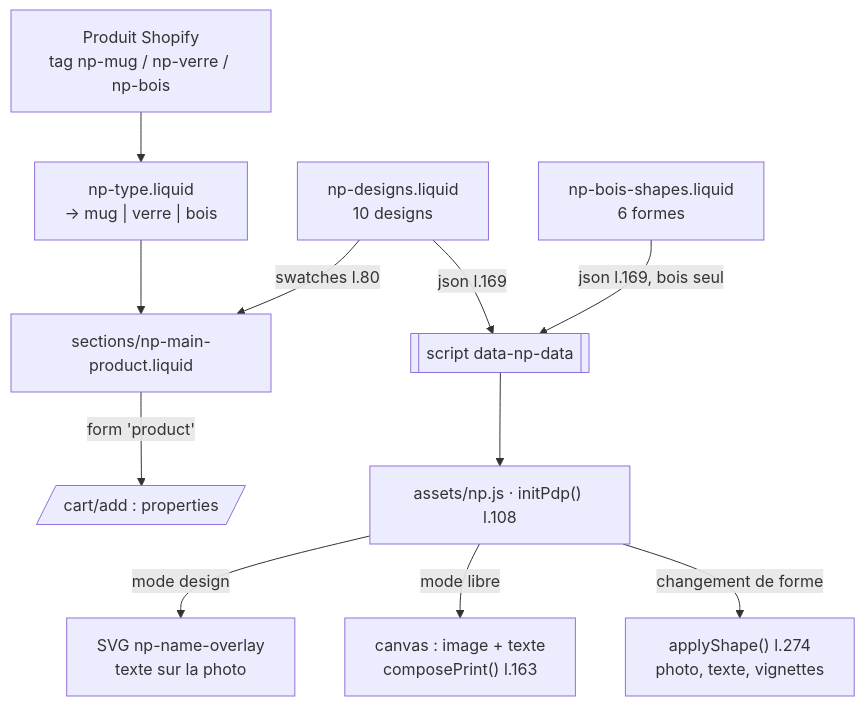
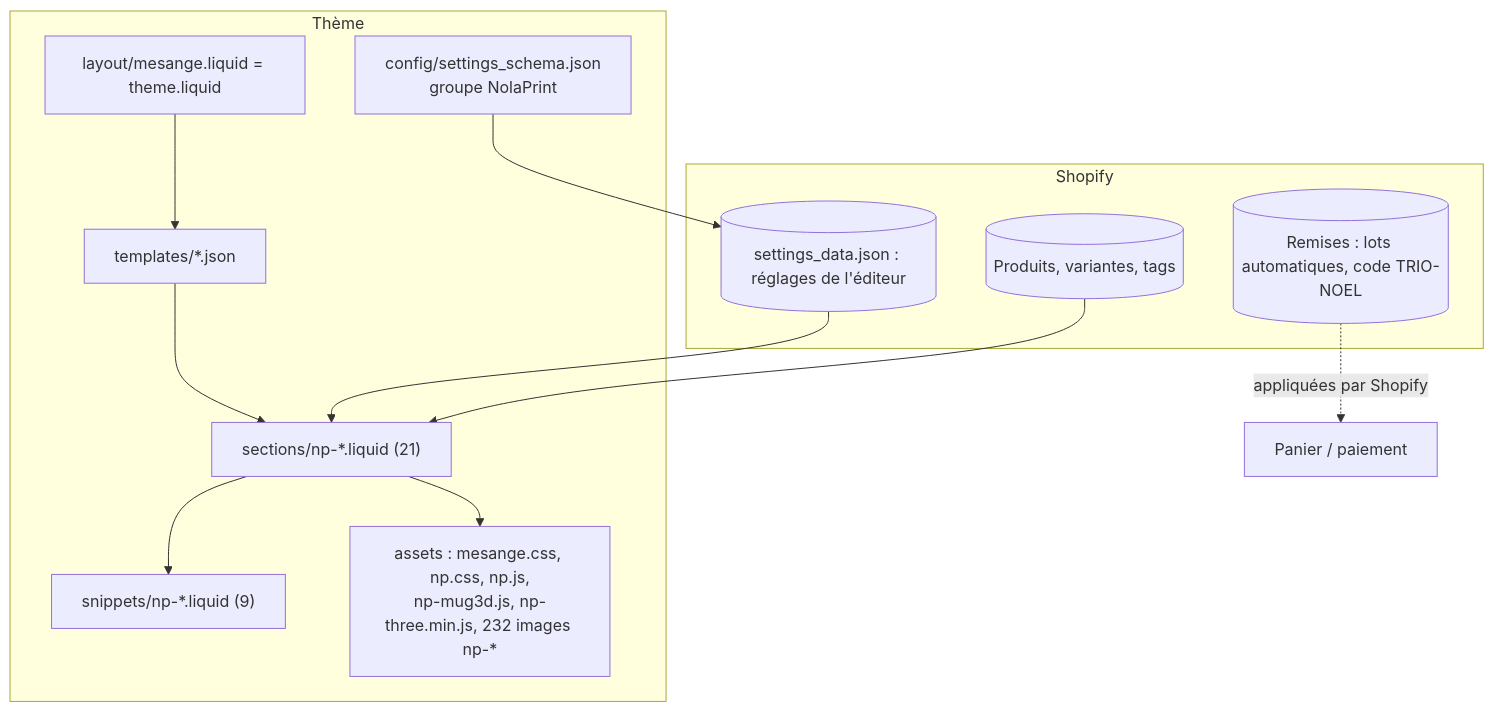
One commit to SylvainCode42A/Drop-Shipping-Agentique changed the diagram in 5-boutique/5-integration-shopify/MOD - Thème Shopify.md. Above: the diagram before and after it, drawn with Mermaid. The commit also changed other lines of this file and 12 other files, not shown here.

````diff
--- a/5-boutique/5-integration-shopify/MOD - Thème Shopify.md
+++ b/5-boutique/5-integration-shopify/MOD - Thème Shopify.md
@@ -32,13 +26,22 @@
 ```mermaid
 flowchart TD
-    P[Produit Shopify<br/>tag np-mug / np-verre / np-bois] --> T["np-type.liquid<br/>→ mug | verre | bois"]
-    T --> PDP["sections/np-main-product.liquid"]
-    D["np-designs.liquid<br/>10 designs"] -->|swatches l.80| PDP
-    D -->|json l.169| JSON[["script data-np-data"]]
-    S["np-bois-shapes.liquid<br/>6 formes"] -->|json l.169, bois seul| JSON
-    JSON --> JS["assets/np.js · initPdp() l.108"]
-    JS -->|mode design| OV["SVG np-name-overlay<br/>texte sur la photo"]
-    JS -->|mode libre| CV["canvas : image + texte<br/>composePrint() l.163"]
-    JS -->|changement de forme| AS["applyShape() l.274<br/>photo, texte, vignettes"]
-    PDP -->|form 'product'| CART[/cart/add : properties/]
+    subgraph Shopify
+      PR[(Produits, variantes, tags)]
+      DS[(Remises : lots automatiques, code TRIO-NOEL)]
+      ST[(settings_data.json : réglages de l'éditeur)]
+    end
+    subgraph Thème
+      LY["layout/mesange.liquid = theme.liquid"]
+      TP["templates/*.json"]
+      SE["sections/np-*.liquid (21)"]
+      SN["snippets/np-*.liquid (9)"]
+      AS["assets : mesange.css, np.css, np.js,<br/>np-mug3d.js, np-three.min.js, 232 images np-*"]
+      SC["config/settings_schema.json<br/>groupe NolaPrint"]
+    end
+    PR --> SE
+    ST --> SE
+    SC --> ST
+    LY --> TP --> SE --> SN
+    SE --> AS
+    DS -.appliquées par Shopify.-> CART[Panier / paiement]
 ```
````
